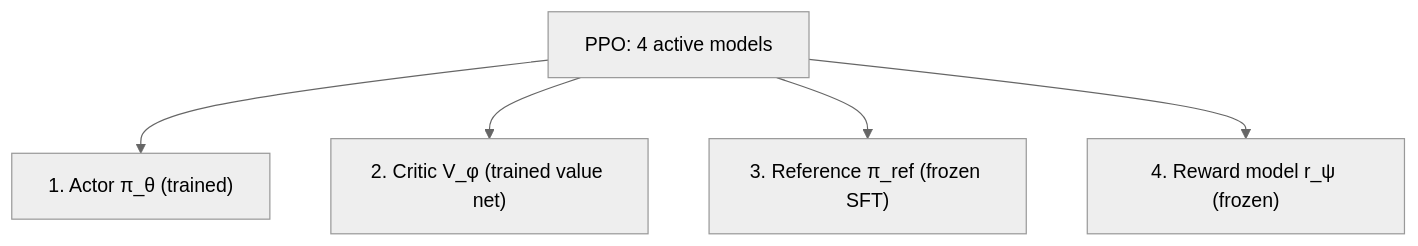
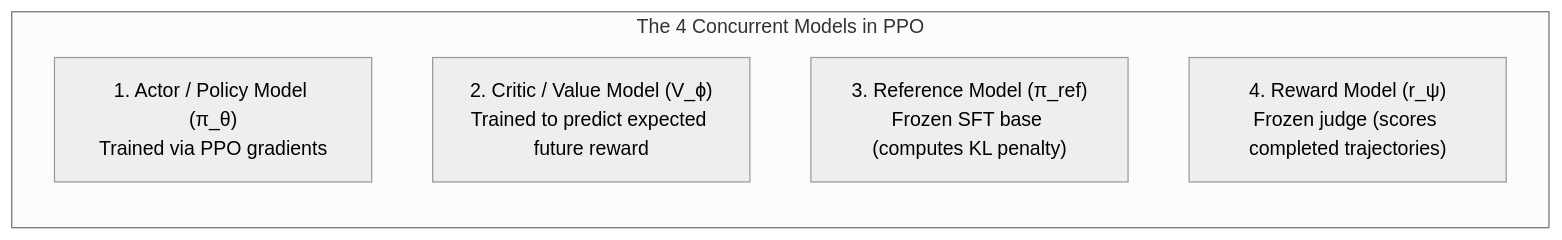
One commit to 1345AbhishekKumar/cs-cookbook changed the fourth of 6 diagrams in content/docs/ai-agents/agentic-ai/05-alignment-rlhf-and-dpo.mdx. Above: the diagram before and after it, drawn with Mermaid (neutral theme). The commit also changed other lines of this file and 299 other files, not shown here.

````diff
--- a/content/docs/ai-agents/agentic-ai/05-alignment-rlhf-and-dpo.mdx
+++ b/content/docs/ai-agents/agentic-ai/05-alignment-rlhf-and-dpo.mdx
@@ -89,7 +158,10 @@
 ```mermaid
 flowchart TD
-    PPO["PPO: 4 active models"] --> A["1. Actor π_θ (trained)"]
-    PPO --> C["2. Critic V_φ (trained value net)"]
-    PPO --> R["3. Reference π_ref (frozen SFT)"]
-    PPO --> RM["4. Reward model r_ψ (frozen)"]
+    subgraph PPOCluster["The 4 Concurrent Models in PPO"]
+        direction TB
+        M1["1. Actor / Policy Model (π_θ)<br/>Trained via PPO gradients"]
+        M2["2. Critic / Value Model (V_ϕ)<br/>Trained to predict expected future reward"]
+        M3["3. Reference Model (π_ref)<br/>Frozen SFT base (computes KL penalty)"]
+        M4["4. Reward Model (r_ψ)<br/>Frozen judge (scores completed trajectories)"]
+    end
 ```
````
